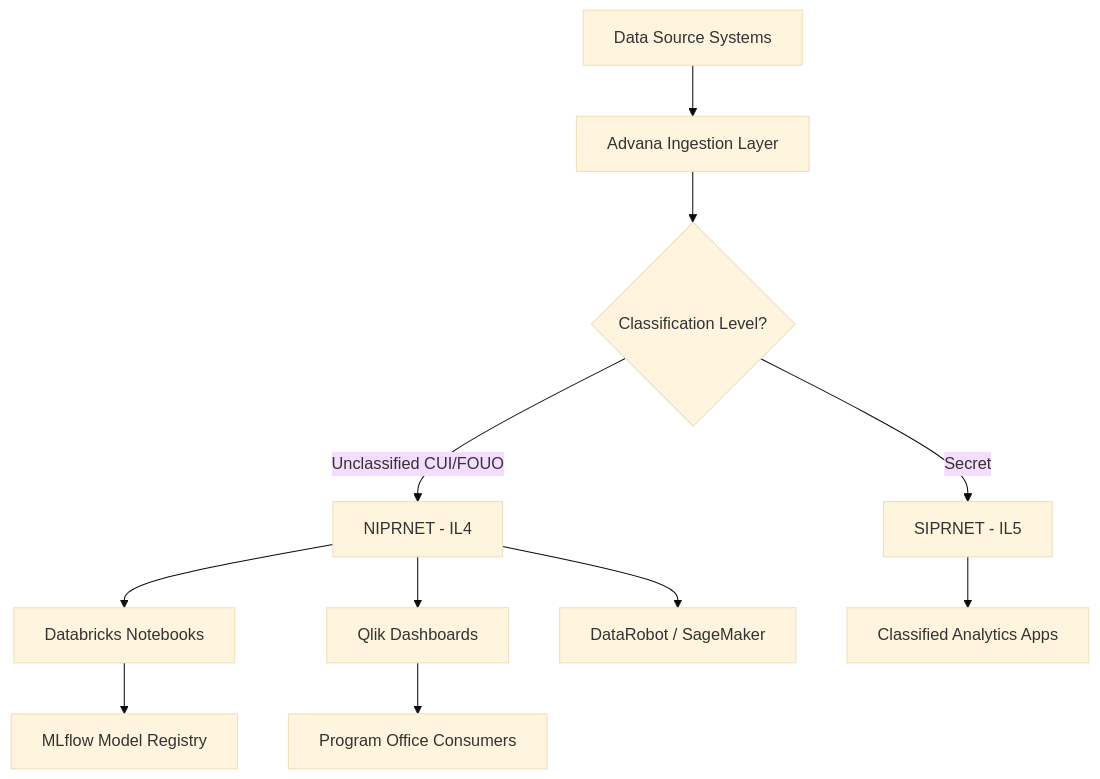
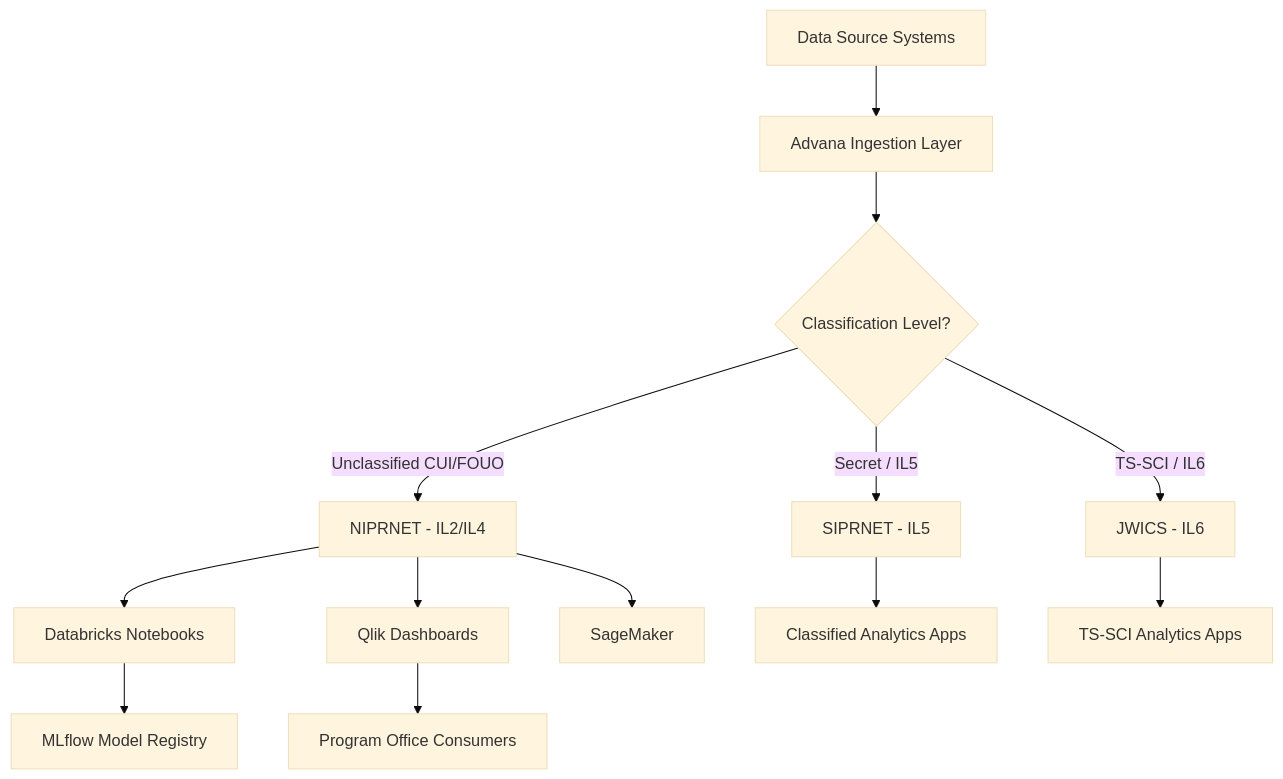
The first of 2 diagrams in platform-guides/advana/README.md (aporb/data-science-learning-handbook), drawn with Mermaid (base theme) before and after one commit. The commit also changed other lines of this file and 7 other files, not shown here.

````diff
--- a/platform-guides/advana/README.md
+++ b/platform-guides/advana/README.md
@@ -240,13 +257,15 @@
 ```mermaid
 graph TD
     A[Data Source Systems] --> B[Advana Ingestion Layer]
     B --> C{Classification Level?}
-    C -->|Unclassified CUI/FOUO| D[NIPRNET - IL4]
-    C -->|Secret| E[SIPRNET - IL5]
-    D --> F[Databricks Notebooks]
-    D --> G[Qlik Dashboards]
-    D --> H[DataRobot / SageMaker]
-    E --> I[Classified Analytics Apps]
-    F --> J[MLflow Model Registry]
-    G --> K[Program Office Consumers]
+    C -->|Unclassified CUI/FOUO| D[NIPRNET - IL2/IL4]
+    C -->|Secret / IL5| E[SIPRNET - IL5]
+    C -->|TS-SCI / IL6| F[JWICS - IL6]
+    D --> G[Databricks Notebooks]
+    D --> H[Qlik Dashboards]
+    D --> I[SageMaker]
+    E --> J[Classified Analytics Apps]
+    F --> K[TS-SCI Analytics Apps]
+    G --> L[MLflow Model Registry]
+    H --> M[Program Office Consumers]
 ```
````
